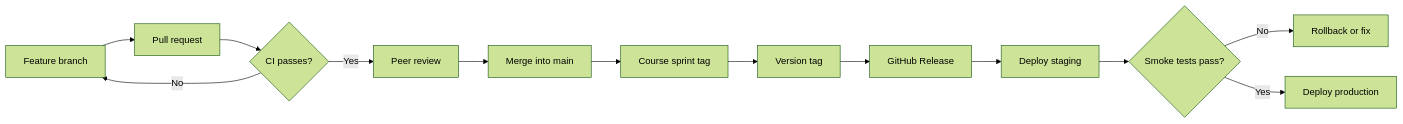
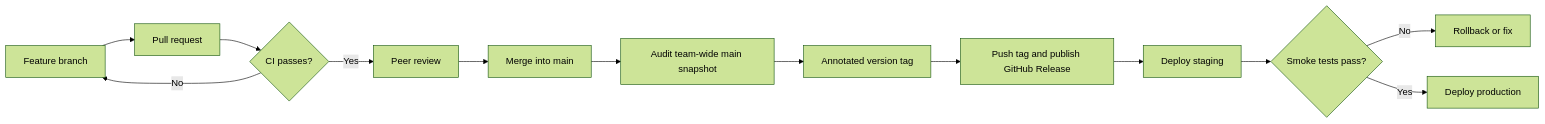
Before and after one commit to Lhomas7/F26-CPSC4910-Team11: the diagram in docs/GIT_GUIDELINES.md, drawn with Mermaid (forest theme). The commit also changed other lines of this file, not shown here.

First line of the commit message:
[General] docs: document sprint tagging and GitHub release workflow

````diff
--- a/docs/GIT_GUIDELINES.md
+++ b/docs/GIT_GUIDELINES.md
@@ -274,15 +461,15 @@
 ```mermaid
 flowchart LR
     A[Feature branch] --> B[Pull request]
     B --> C{CI passes?}
     C -- No --> A
     C -- Yes --> D[Peer review]
     D --> E[Merge into main]
-    E --> F[Course sprint tag]
-    F --> G[Version tag]
-    G --> H[GitHub Release]
+    E --> F[Audit team-wide main snapshot]
+    F --> G[Annotated version tag]
+    G --> H[Push tag and publish GitHub Release]
     H --> I[Deploy staging]
     I --> J{Smoke tests pass?}
     J -- No --> K[Rollback or fix]
     J -- Yes --> L[Deploy production]
 ```
````
